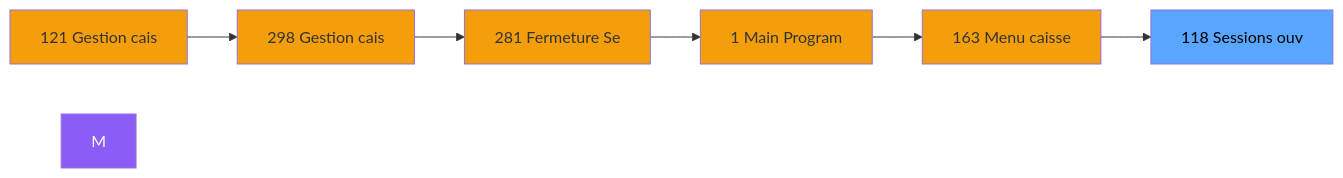
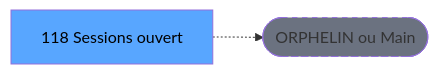
The second of 3 diagrams in .openspec/renders/ADH-IDE-118.md (thonyAGP/lecteur-magic), drawn with Mermaid before and after one commit. The commit also changed other lines of this file and 701 other files, not shown here.

````diff
--- a/.openspec/renders/ADH-IDE-118.md
+++ b/.openspec/renders/ADH-IDE-118.md
@@ -109,21 +117,8 @@
 ```mermaid
 graph LR
-    N121[121 Gestion cais]
-    N298[298 Gestion cais]
-    N281[281 Fermeture Se]
-    N1[1 Main Program]
-    N163[163 Menu caisse ]
-    T[118 Sessions ouv]
-    N121 --> N298
-    N298 --> N281
-    N281 --> N1
-    N1 --> N163
-    N163 --> T
-    style M fill:#8b5cf6,color:#fff
-    style N121 fill:#f59e0b
-    style N298 fill:#f59e0b
-    style N281 fill:#f59e0b
-    style N1 fill:#f59e0b
-    style N163 fill:#f59e0b
+    T[118 Sessions ouvert]
+    ORPHAN([ORPHELIN ou Main])
+    T -.-> ORPHAN
     style T fill:#58a6ff,color:#000
+    style ORPHAN fill:#6b7280,stroke-dasharray: 5 5
 ```
````
